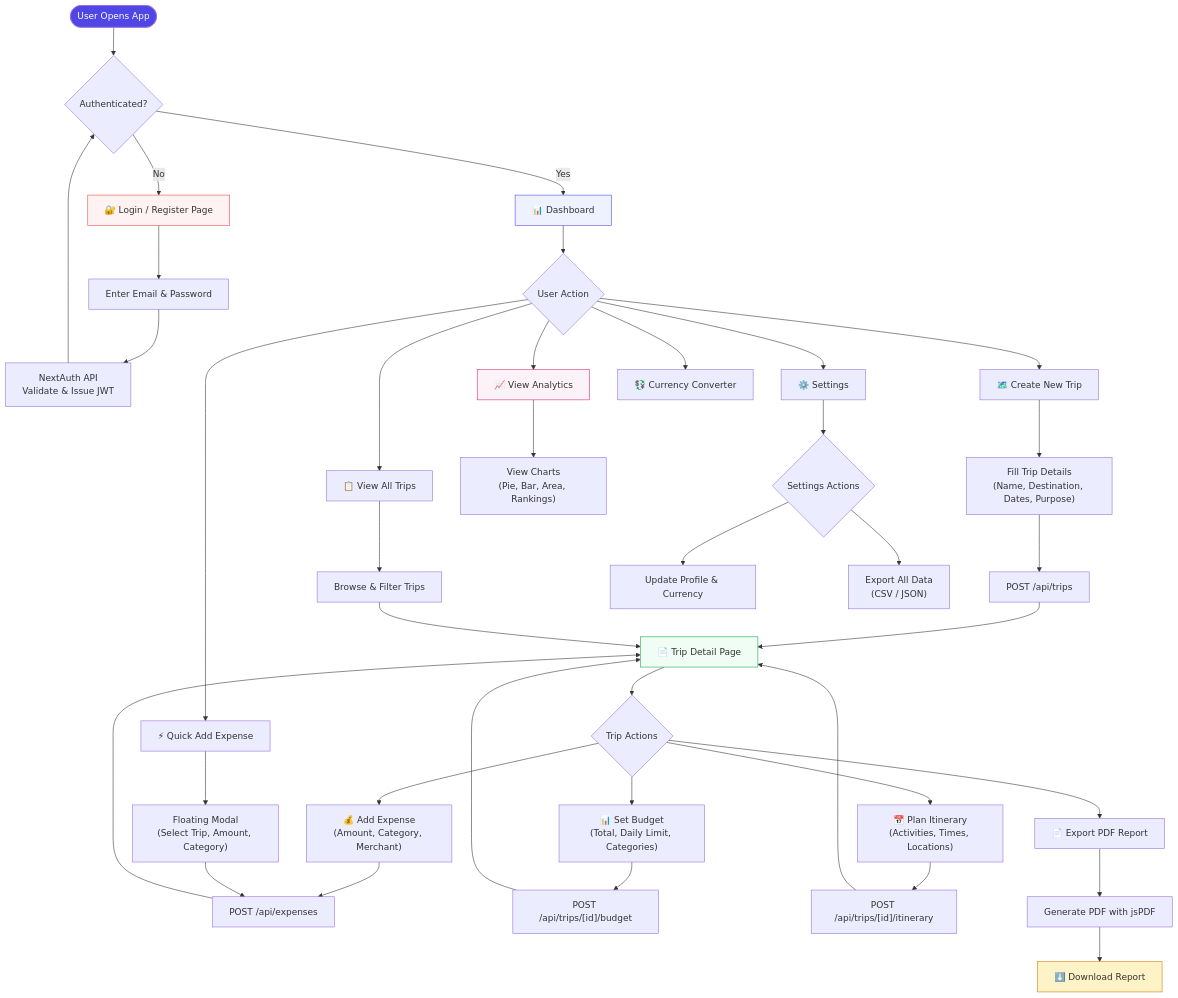
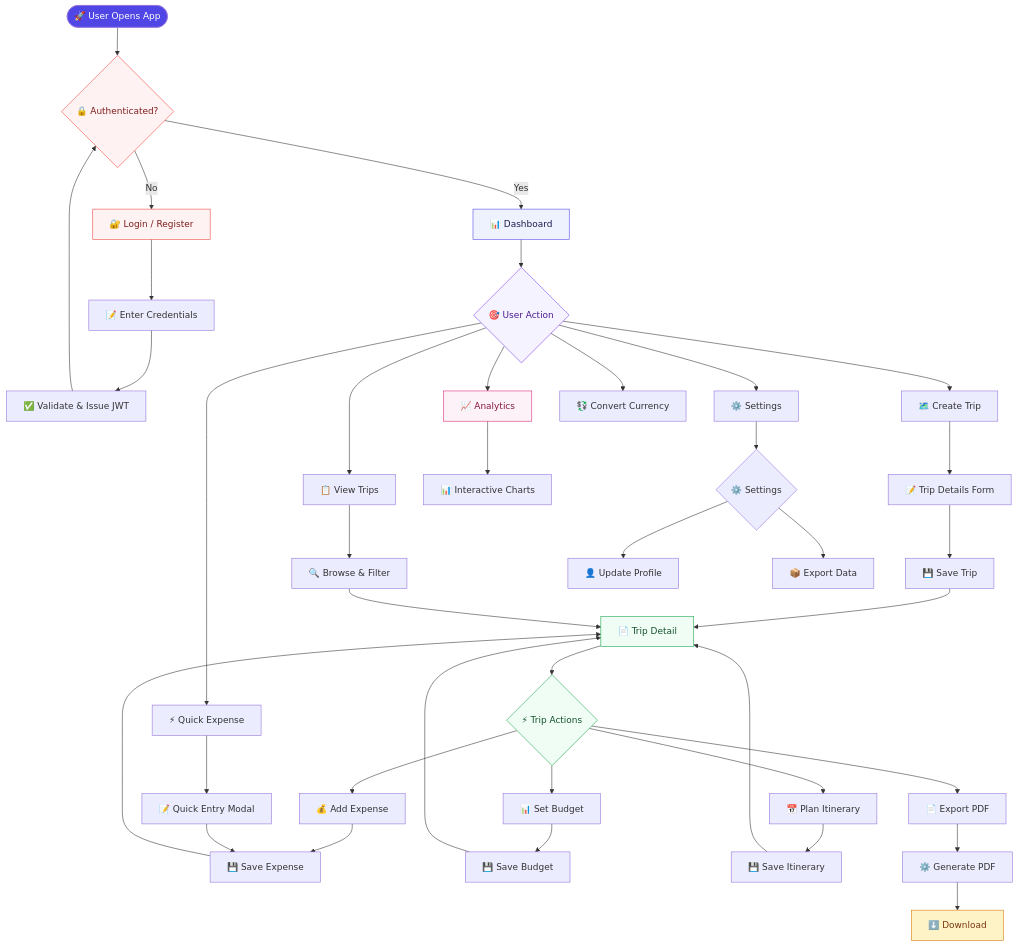
One commit to rajdivyansh965/TravelTrack changed the third of 3 diagrams in README.md. Above: the diagram before and after it, drawn with Mermaid. The commit also changed other lines of this file, not shown here.

Commit message:
Revise README for improved clarity and consistency
Updated README.md to enhance clarity and consistency in the tech stack and application workflow sections.

````diff
--- a/README.md
+++ b/README.md
@@ -194,61 +197,64 @@
 ```mermaid
 flowchart TD
-    Start([User Opens App]) --> AuthCheck{Authenticated?}
+    Start(["🚀 User Opens App"]) --> AuthCheck{"🔒 Authenticated?"}
 
-    AuthCheck -- No --> LoginPage["🔐 Login / Register Page"]
-    LoginPage --> Credentials["Enter Email & Password"]
-    Credentials --> AuthAPI["NextAuth API<br/>Validate & Issue JWT"]
-    AuthAPI --> AuthCheck
+    AuthCheck -- No --> LoginPage["🔐 Login / Register"]
+    LoginPage --> Credentials["📝 Enter Credentials"]
+    Credentials --> AuthValidate["✅ Validate & Issue JWT"]
+    AuthValidate --> AuthCheck
 
     AuthCheck -- Yes --> Dashboard["📊 Dashboard"]
 
-    Dashboard --> Action{User Action}
+    Dashboard --> Action{"🎯 User Action"}
 
-    Action --> CreateTrip["🗺️ Create New Trip"]
-    Action --> ViewTrips["📋 View All Trips"]
-    Action --> QuickExp["⚡ Quick Add Expense"]
-    Action --> Analytics["📈 View Analytics"]
+    Action --> CreateTrip["🗺️ Create Trip"]
+    Action --> ViewTrips["📋 View Trips"]
+    Action --> QuickExp["⚡ Quick Expense"]
+    Action --> Analytics["📈 Analytics"]
     Action --> Settings["⚙️ Settings"]
-    Action --> Convert["💱 Currency Converter"]
+    Action --> Convert["💱 Convert Currency"]
 
-    CreateTrip --> TripForm["Fill Trip Details<br/>(Name, Destination, Dates, Purpose)"]
-    TripForm --> SaveTrip["POST /api/trips"]
-    SaveTrip --> TripDetail["📄 Trip Detail Page"]
+    CreateTrip --> TripForm["📝 Trip Details Form"]
+    TripForm --> SaveTrip["💾 Save Trip"]
+    SaveTrip --> TripDetail["📄 Trip Detail"]
 
-    ViewTrips --> TripList["Browse & Filter Trips"]
+    ViewTrips --> TripList["🔍 Browse & Filter"]
     TripList --> TripDetail
 
-    TripDetail --> TripActions{Trip Actions}
-    TripActions --> AddExpense["💰 Add Expense<br/>(Amount, Category, Merchant)"]
-    TripActions --> SetBudget["📊 Set Budget<br/>(Total, Daily Limit, Categories)"]
-    TripActions --> PlanItinerary["📅 Plan Itinerary<br/>(Activities, Times, Locations)"]
-    TripActions --> ExportPDF["📄 Export PDF Report"]
+    TripDetail --> TripActions{"⚡ Trip Actions"}
+    TripActions --> AddExpense["💰 Add Expense"]
+    TripActions --> SetBudget["📊 Set Budget"]
+    TripActions --> PlanItinerary["📅 Plan Itinerary"]
+    TripActions --> ExportPDF["📄 Export PDF"]
 
-    AddExpense --> SaveExpense["POST /api/expenses"]
+    AddExpense --> SaveExpense["💾 Save Expense"]
     SaveExpense --> TripDetail
 
-    SetBudget --> SaveBudget["POST /api/trips/[id]/budget"]
+    SetBudget --> SaveBudget["💾 Save Budget"]
     SaveBudget --> TripDetail
 
-    PlanItinerary --> SaveItinerary["POST /api/trips/[id]/itinerary"]
+    PlanItinerary --> SaveItinerary["💾 Save Itinerary"]
     SaveItinerary --> TripDetail
 
-    ExportPDF --> GeneratePDF["Generate PDF with jsPDF"]
-    GeneratePDF --> Download["⬇️ Download Report"]
+    ExportPDF --> GeneratePDF["⚙️ Generate PDF"]
+    GeneratePDF --> Download["⬇️ Download"]
 
-    QuickExp --> QuickForm["Floating Modal<br/>(Select Trip, Amount, Category)"]
+    QuickExp --> QuickForm["📝 Quick Entry Modal"]
     QuickForm --> SaveExpense
 
-    Analytics --> Charts["View Charts<br/>(Pie, Bar, Area, Rankings)"]
+    Analytics --> Charts["📊 Interactive Charts"]
 
-    Settings --> SettingsActions{Settings Actions}
-    SettingsActions --> Profile["Update Profile & Currency"]
-    SettingsActions --> ExportData["Export All Data<br/>(CSV / JSON)"]
+    Settings --> SettingsActions{"⚙️ Settings"}
+    SettingsActions --> Profile["👤 Update Profile"]
+    SettingsActions --> ExportData["📦 Export Data"]
 
-    style Start fill:#4f46e5,color:#fff
-    style Dashboard fill:#eef2ff,stroke:#4f46e5
-    style LoginPage fill:#fef2f2,stroke:#ef4444
-    style TripDetail fill:#f0fdf4,stroke:#16a34a
-    style Analytics fill:#fdf2f8,stroke:#db2777
-    style Download fill:#fef3c7,stroke:#d97706
+    style Start fill:#4f46e5,color:#ffffff
+    style Dashboard fill:#eef2ff,stroke:#4f46e5,color:#1e1b4b
+    style LoginPage fill:#fef2f2,stroke:#ef4444,color:#7f1d1d
+    style TripDetail fill:#f0fdf4,stroke:#16a34a,color:#14532d
+    style Analytics fill:#fdf2f8,stroke:#db2777,color:#831843
+    style Download fill:#fef3c7,stroke:#d97706,color:#78350f
+    style Action fill:#f5f3ff,stroke:#7c3aed,color:#4c1d95
+    style TripActions fill:#f0fdf4,stroke:#16a34a,color:#14532d
+    style AuthCheck fill:#fef2f2,stroke:#ef4444,color:#7f1d1d
 ```
````
